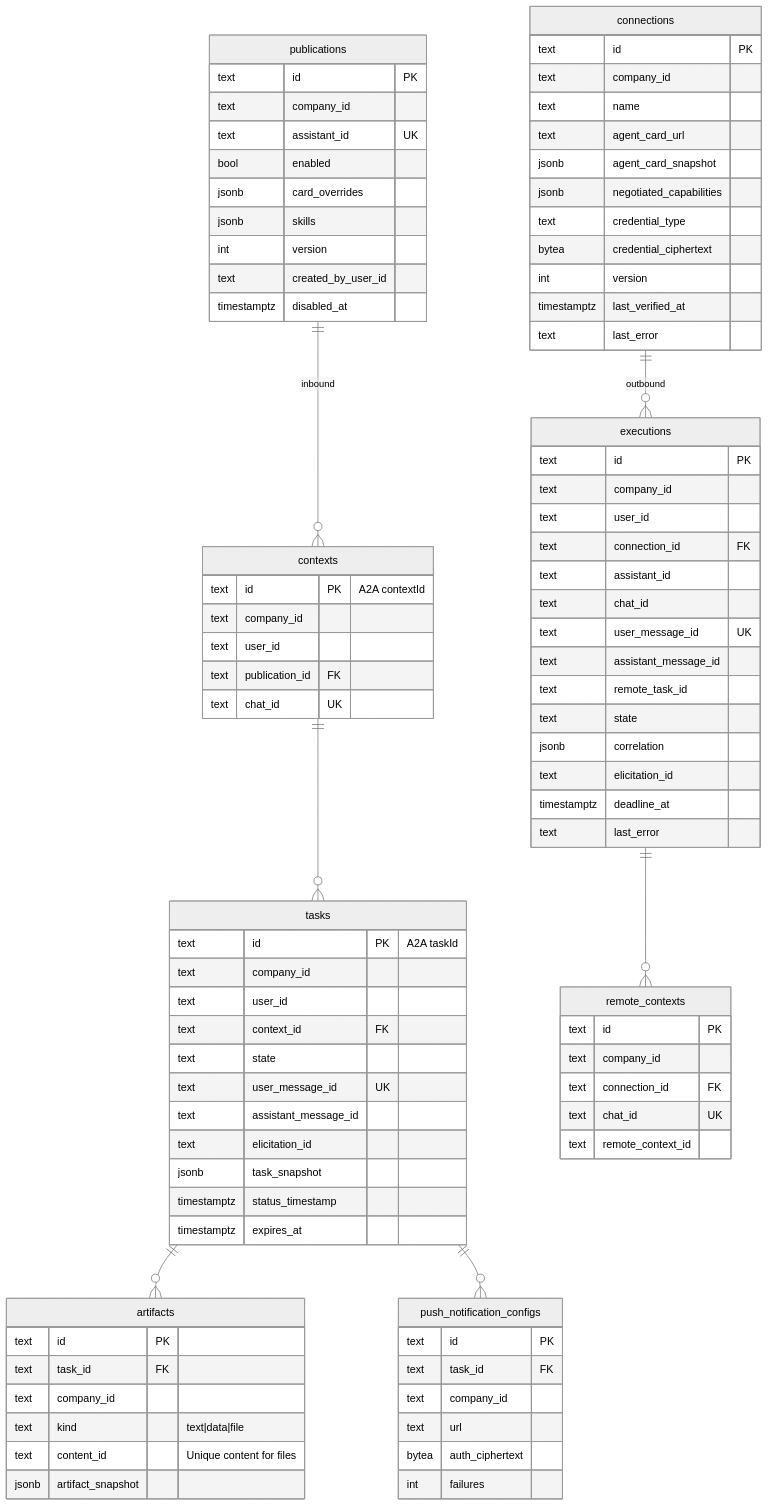
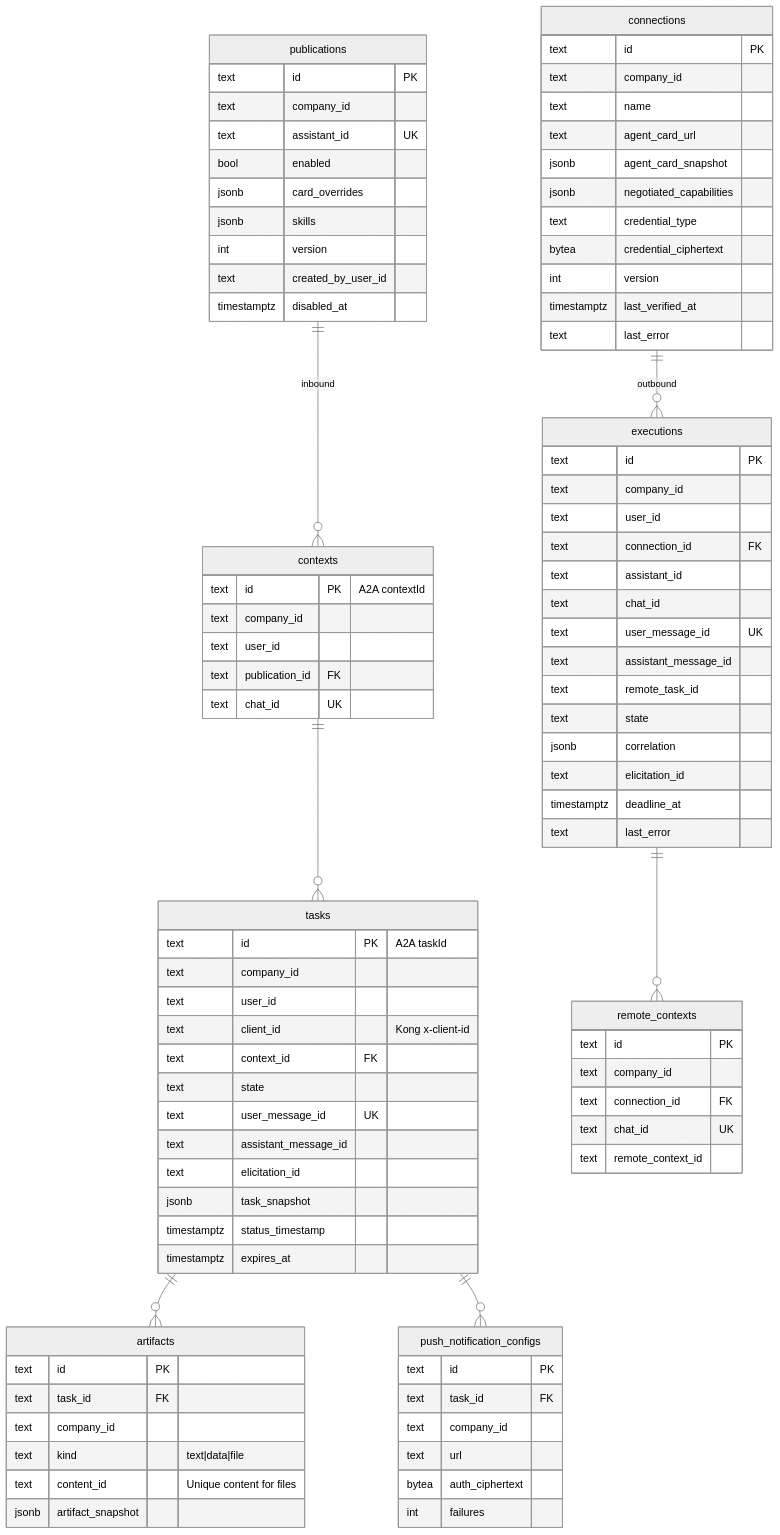
The diagram in services/a2a-gateway/docs/data-model.md (Unique-AG/connectors), drawn with Mermaid before and after one commit. The commit also changed other lines of this file and 5 other files, not shown here.

Commit message:
docs(a2a-gateway): close open questions (absurd only, golevelup rabbitmq, humans only, kong client id)

```diff
--- a/services/a2a-gateway/docs/data-model.md
+++ b/services/a2a-gateway/docs/data-model.md
@@ -47,6 +47,7 @@
         text id PK "A2A taskId"
         text company_id
         text user_id
+        text client_id "Kong x-client-id"
         text context_id FK
         text state
         text user_message_id UK
```
